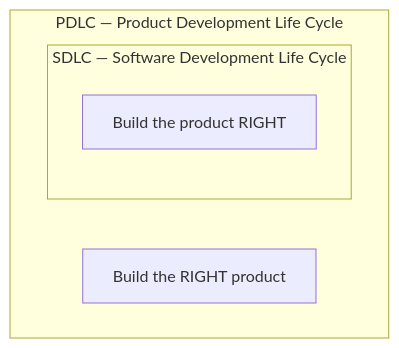
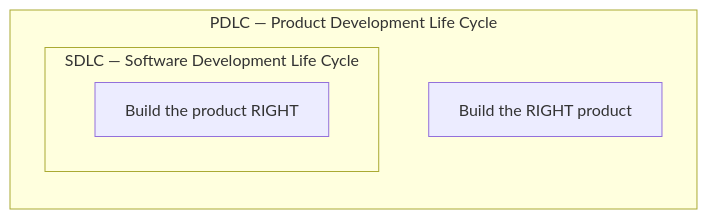
The first of 4 diagrams in pdlc/PDLC-SDLC-BRIDGE.md (autowww/blueprints), drawn with Mermaid before and after one commit. The commit also changed other lines of this file and 7 other files, not shown here.

First line of the commit message:
docs: enrich Mermaid diagrams with subgraphs and Forge style guidance

````diff
--- a/pdlc/PDLC-SDLC-BRIDGE.md
+++ b/pdlc/PDLC-SDLC-BRIDGE.md
@@ -34,10 +34,10 @@
 ```mermaid
-graph TB
-  subgraph pdlcBox ["PDLC — Product Development Life Cycle"]
-    direction LR
+flowchart TB
+  subgraph pdlcBox["PDLC — Product Development Life Cycle"]
+    direction TB
     rightProduct["Build the RIGHT product"]
-    subgraph sdlcBox ["SDLC — Software Development Life Cycle"]
+    subgraph sdlcBox["SDLC — Software Development Life Cycle"]
       productRight["Build the product RIGHT"]
     end
   end
 ```
````
